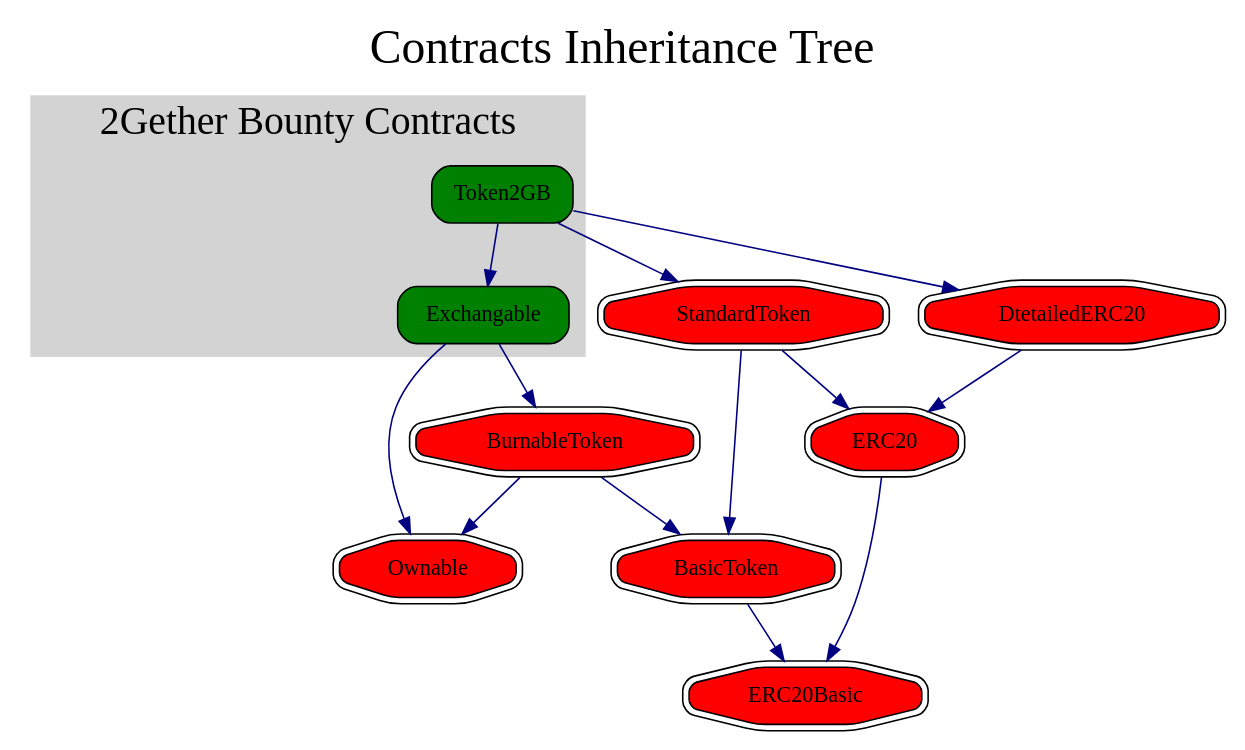
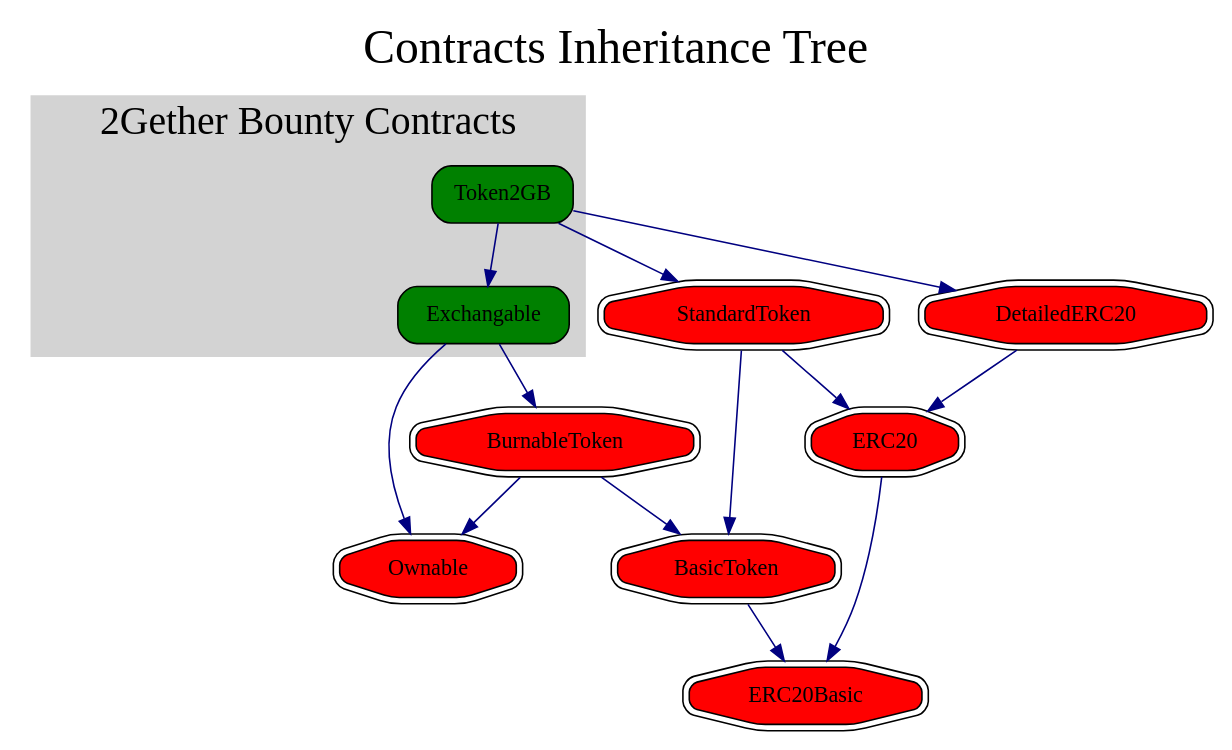
One commit to 2getherGlobal/2GB_Token changed the diagram in doc/inheritanceTree/inheritanceTree.dot. Above: the diagram before and after it, drawn with Graphviz.

```diff
--- a/doc/inheritanceTree/inheritanceTree.dot
+++ b/doc/inheritanceTree/inheritanceTree.dot
@@ -1,30 +1,30 @@
 digraph G {
     edge [arrowsize=1, weight=4., color=navy, constraint=true];
     graph [label="Contracts Inheritance Tree", labelloc=t, fontsize=30];
     
     subgraph cluster_2Gether {
         graph [fontsize=25, label="2Gether Bounty Contracts", style=filled, color=lightgrey];
         node [fillcolor=green, style="rounded,filled", shape=polygon];
         Exchangable; Token2GB;
     
     }
 
     {   
         node [fillcolor=red, style="rounded,filled", shape=doubleoctagon];
-        BasicToken; BurnableToken; DtetailedERC20; ERC20; ERC20Basic; Ownable; StandardToken;
+        BasicToken; BurnableToken; DetailedERC20; ERC20; ERC20Basic; Ownable; StandardToken;
     }
 
 	Token2GB -> StandardToken;
-    Token2GB -> DtetailedERC20;
+    Token2GB -> DetailedERC20;
     Token2GB -> Exchangable;
     Exchangable -> Ownable;
     Exchangable -> BurnableToken;
     StandardToken -> ERC20;
     StandardToken -> BasicToken;
     ERC20 -> ERC20Basic;
     BasicToken -> ERC20Basic;
     BurnableToken -> BasicToken;
     BurnableToken -> Ownable;
-    DtetailedERC20 -> ERC20;
+    DetailedERC20 -> ERC20;
 
 }
```
